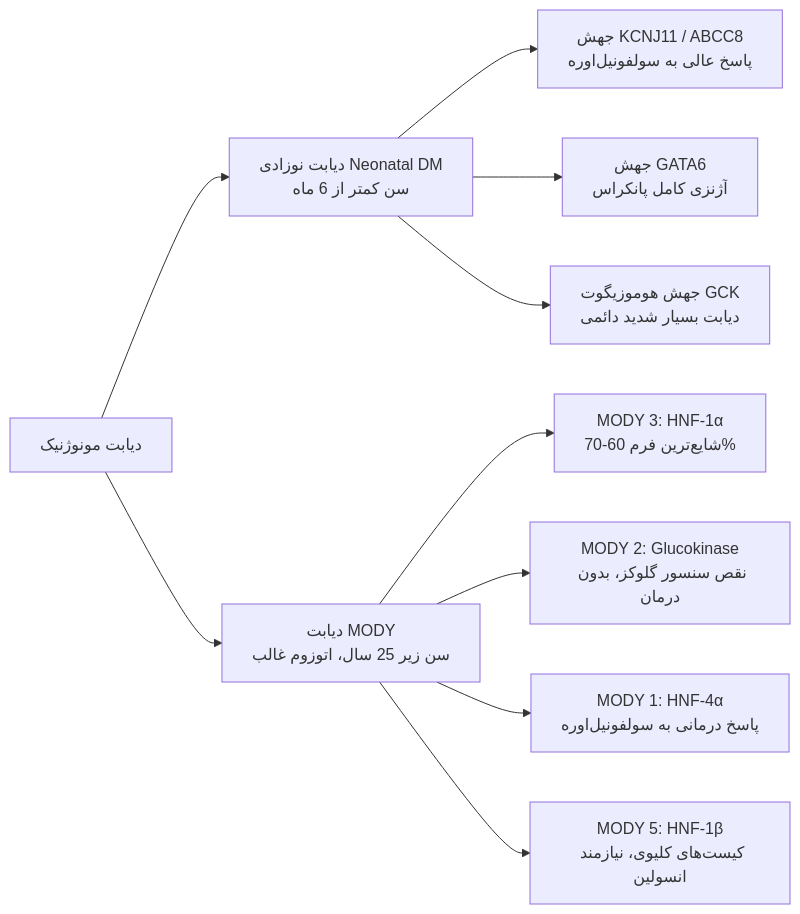
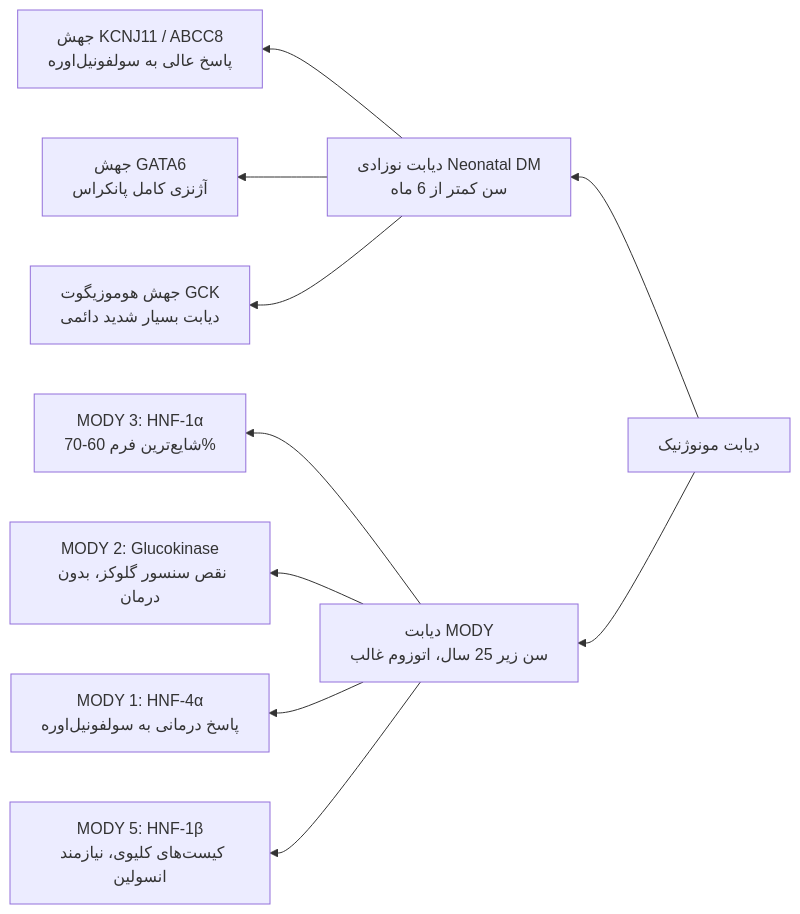
One commit to neopulse-hub/TUMS-1401-1-pdf-notes changed the second of 14 diagrams in 7/مبانی غدد/دیابت - دکتر استقامتی.md. Above: the diagram before and after it, drawn with Mermaid. The commit also changed other lines of this file, not shown here.

````diff
--- a/7/مبانی غدد/دیابت - دکتر استقامتی.md
+++ b/7/مبانی غدد/دیابت - دکتر استقامتی.md
@@ -61,14 +61,14 @@
 ```mermaid
-graph LR
+graph RL
     Mono[دیابت مونوژنیک] --> NDM[دیابت نوزادی Neonatal DM<br>سن کمتر از 6 ماه]
     Mono --> MODY[دیابت MODY<br>سن زیر 25 سال، اتوزوم غالب]
     
     NDM --> Kir[جهش KCNJ11 / ABCC8<br>پاسخ عالی به سولفونیل‌اوره]
     NDM --> GATA6[جهش GATA6<br>آژنزی کامل پانکراس]
     NDM --> GCK_homo[جهش هوموزیگوت GCK<br>دیابت بسیار شدید دائمی]
     
     MODY --> M3[MODY 3: HNF-1α<br>شایع‌ترین فرم 60-70%]
     MODY --> M2[MODY 2: Glucokinase<br>نقص سنسور گلوکز، بدون درمان]
     MODY --> M1[MODY 1: HNF-4α<br>پاسخ درمانی به سولفونیل‌اوره]
     MODY --> M5[MODY 5: HNF-1β<br>کیست‌های کلیوی، نیازمند انسولین]
 ```
````
